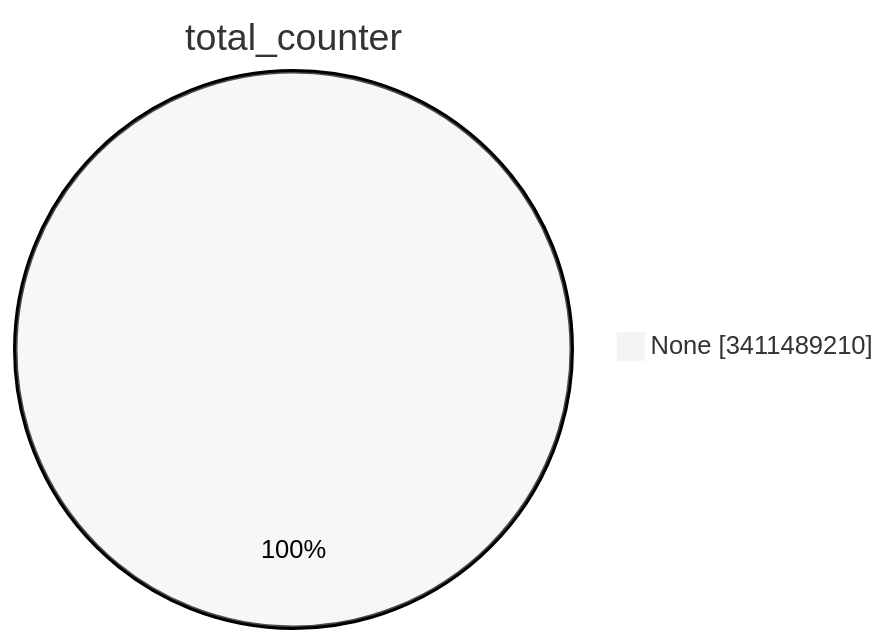
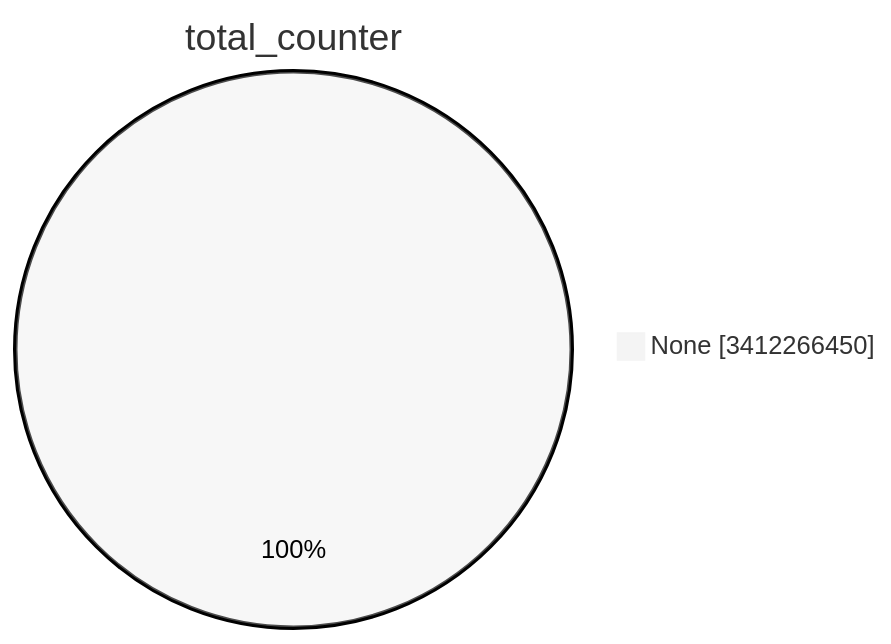
The first of 15 diagrams in TOTAL/README.md (christiankrug/ctmonitor_visualization), drawn with Mermaid (neutral theme) before and after one commit. The commit also changed other lines of this file, not shown here.

````diff
--- a/TOTAL/README.md
+++ b/TOTAL/README.md
@@ -1,5 +1,5 @@
 ```mermaid
 pie showData
 title total_counter
-"None" :3411489210
+"None" :3412266450
 ```
````
